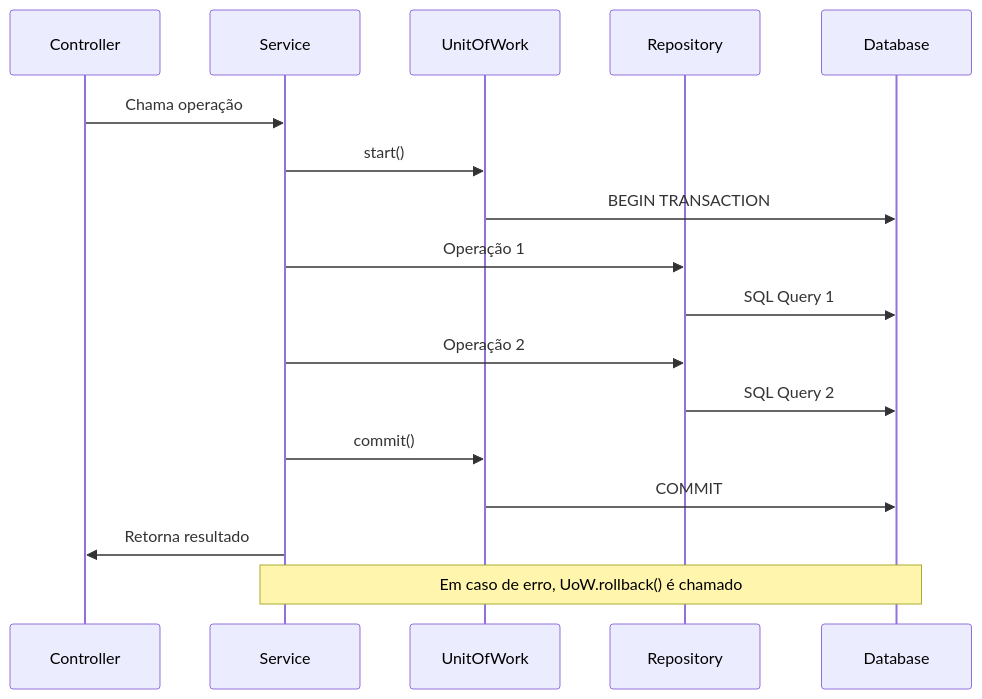
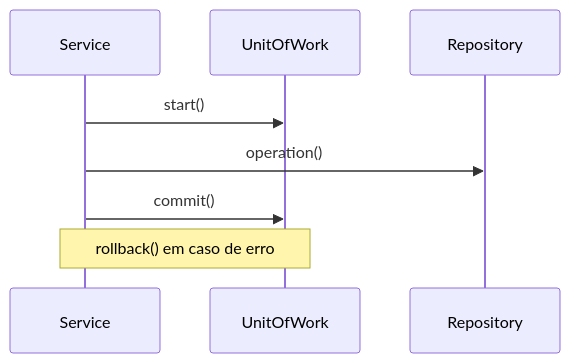
One commit to joevtap/techlab25 changed the third of 4 diagrams in README.md. Above: the diagram before and after it, drawn with Mermaid. The commit also changed other lines of this file, not shown here.

````diff
--- a/README.md
+++ b/README.md
@@ -220,21 +177,7 @@
 ```mermaid
 sequenceDiagram
-    participant C as Controller
-    participant S as Service
-    participant UoW as UnitOfWork
-    participant R as Repository
-    participant DB as Database
-
-    C->>S: Chama operação
-    S->>UoW: start()
-    UoW->>DB: BEGIN TRANSACTION
-    S->>R: Operação 1
-    R->>DB: SQL Query 1
-    S->>R: Operação 2
-    R->>DB: SQL Query 2
-    S->>UoW: commit()
-    UoW->>DB: COMMIT
-    S->>C: Retorna resultado
-
-    Note over S,DB: Em caso de erro, UoW.rollback() é chamado
+    Service->>UnitOfWork: start()
+    Service->>Repository: operation()
+    Service->>UnitOfWork: commit()
+    Note over Service,UnitOfWork: rollback() em caso de erro
 ```
````
